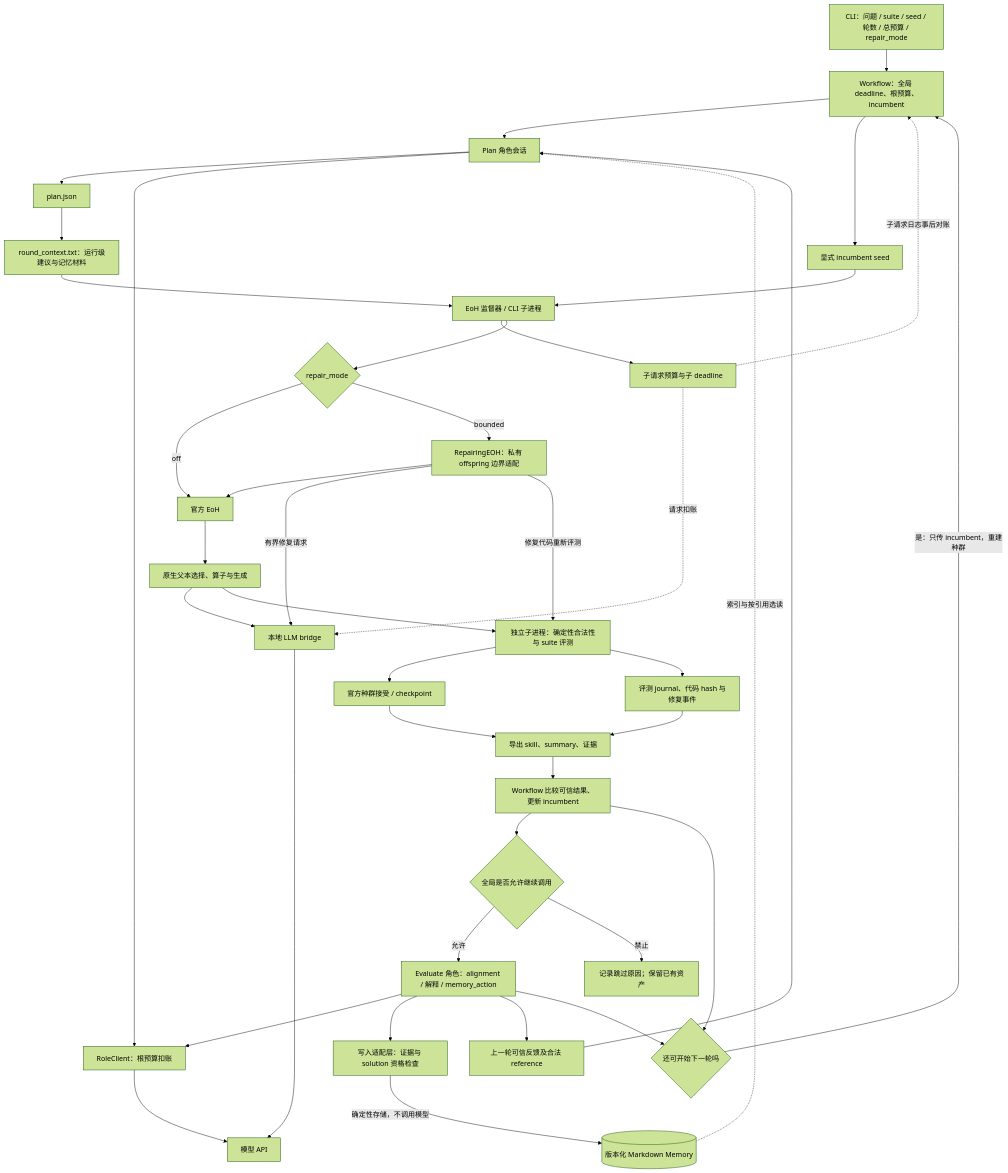
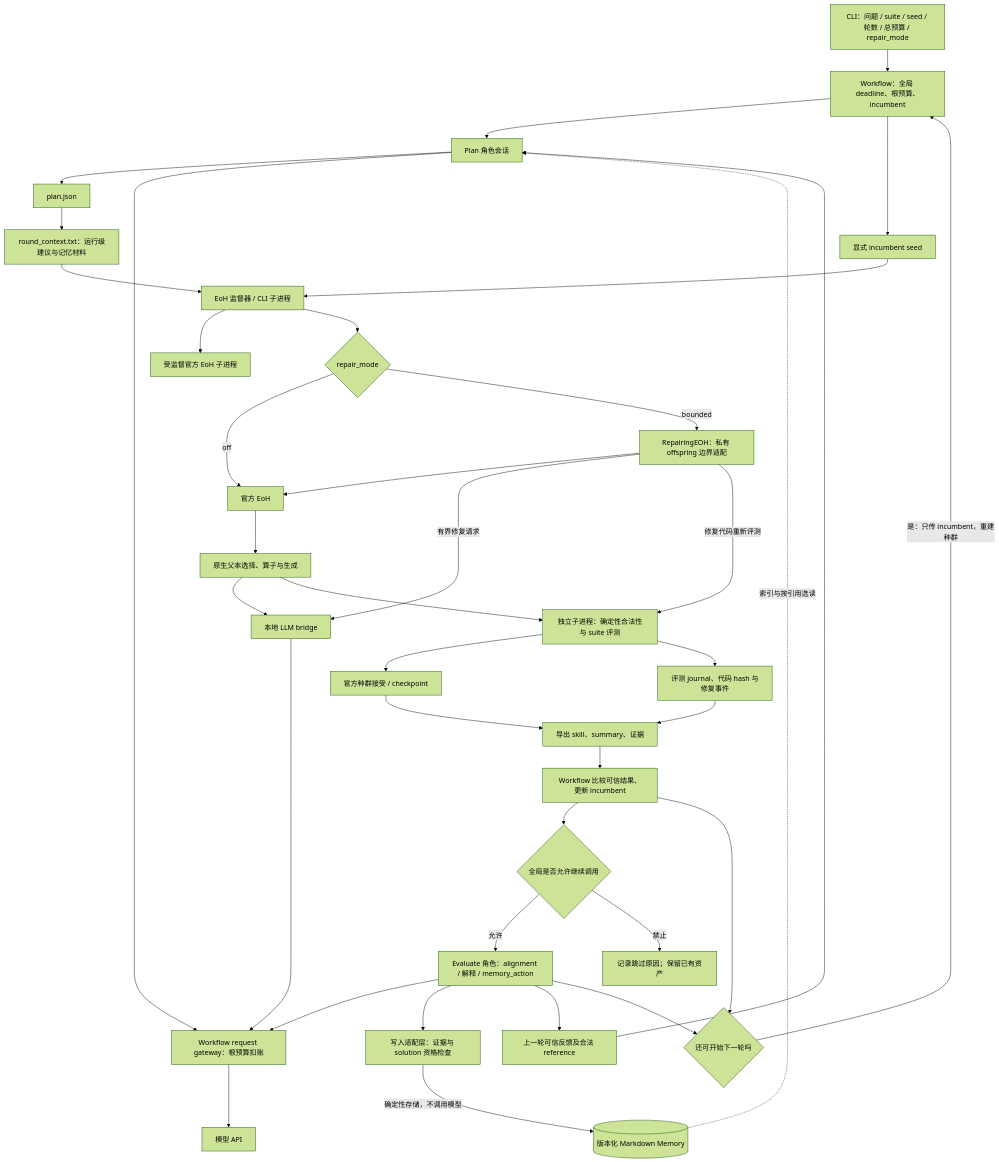
One commit to gjd12345/auto-algo-opt changed the first of 3 diagrams in reports/audit_20260912/architecture.md. Above: the diagram before and after it, drawn with Mermaid (forest theme). The commit also changed other lines of this file and 39 other files, not shown here.

````diff
--- a/reports/audit_20260912/architecture.md
+++ b/reports/audit_20260912/architecture.md
@@ -19,42 +19,40 @@
 ```mermaid
 flowchart TD
     CLI[CLI：问题 / suite / seed / 轮数 / 总预算 / repair_mode] --> W[Workflow：全局 deadline、根预算、incumbent]
     W --> P[Plan 角色会话]
     M[(版本化 Markdown Memory)] -. 索引与按引用选读 .-> P
     F[上一轮可信反馈及合法 reference] --> P
     P --> PJ[plan.json]
     PJ --> RC[round_context.txt：运行级建议与记忆材料]
     W --> SEED[显式 incumbent seed]
     RC --> SUP[EoH 监督器 / CLI 子进程]
     SEED --> SUP
-    SUP --> CB[子请求预算与子 deadline]
+    SUP --> PROC[受监督官方 EoH 子进程]
     SUP --> MODE{repair_mode}
     MODE -->|off| N[官方 EoH]
     MODE -->|bounded| R[RepairingEOH：私有 offspring 边界适配]
     R --> N
     N --> GEN[原生父本选择、算子与生成]
     GEN --> BR[本地 LLM bridge]
     R -->|有界修复请求| BR
-    CB -. 请求扣账 .-> BR
-    BR --> API[模型 API]
-    P --> ROLE[RoleClient：根预算扣账]
-    ROLE --> API
+    BR --> GW[Workflow request gateway：根预算扣账]
+    P --> GW
+    E --> GW
+    GW --> API[模型 API]
     GEN --> EV[独立子进程：确定性合法性与 suite 评测]
     R -->|修复代码重新评测| EV
     EV --> POP[官方种群接受 / checkpoint]
     EV --> EVID[评测 journal、代码 hash 与修复事件]
     POP --> EX[导出 skill、summary、证据]
     EVID --> EX
     EX --> ACC[Workflow 比较可信结果、更新 incumbent]
-    CB -. 子请求日志事后对账 .-> W
     ACC --> STOP{全局是否允许继续调用}
     STOP -->|允许| E[Evaluate 角色：alignment / 解释 / memory_action]
-    E --> ROLE
     E --> MA[写入适配层：证据与 solution 资格检查]
     MA -->|确定性存储，不调用模型| M
     E --> F
     STOP -->|禁止| SKIP[记录跳过原因；保留已有资产]
     ACC --> NEXT{还可开始下一轮吗}
     E --> NEXT
     NEXT -->|是：只传 incumbent，重建种群| W
 ```
````
